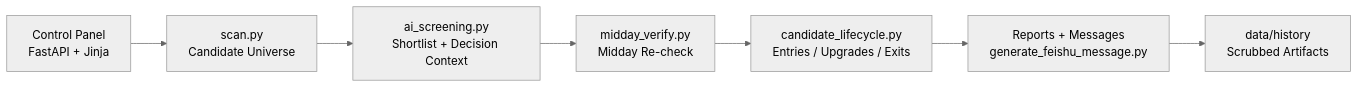
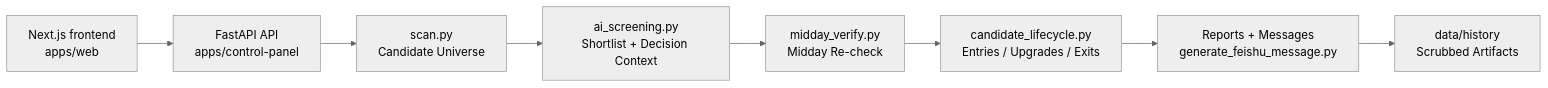
One commit to kobejiasuoer/prism changed the diagram in README.md. Above: the diagram before and after it, drawn with Mermaid (neutral theme). The commit also changed other lines of this file and 59 other files, not shown here.

````diff
--- a/README.md
+++ b/README.md
@@ -69,16 +71,18 @@
 ```mermaid
 flowchart LR
-    CP[Control Panel
-FastAPI + Jinja] --> SC[scan.py
+    WEB[Next.js frontend
+apps/web] --> API[FastAPI API
+apps/control-panel]
+    API --> SC[scan.py
 Candidate Universe]
     SC --> AI[ai_screening.py
 Shortlist + Decision Context]
     AI --> MV[midday_verify.py
 Midday Re-check]
     MV --> LC[candidate_lifecycle.py
 Entries / Upgrades / Exits]
     LC --> RP[Reports + Messages
 generate_feishu_message.py]
     RP --> HS[data/history
 Scrubbed Artifacts]
 ```
````
